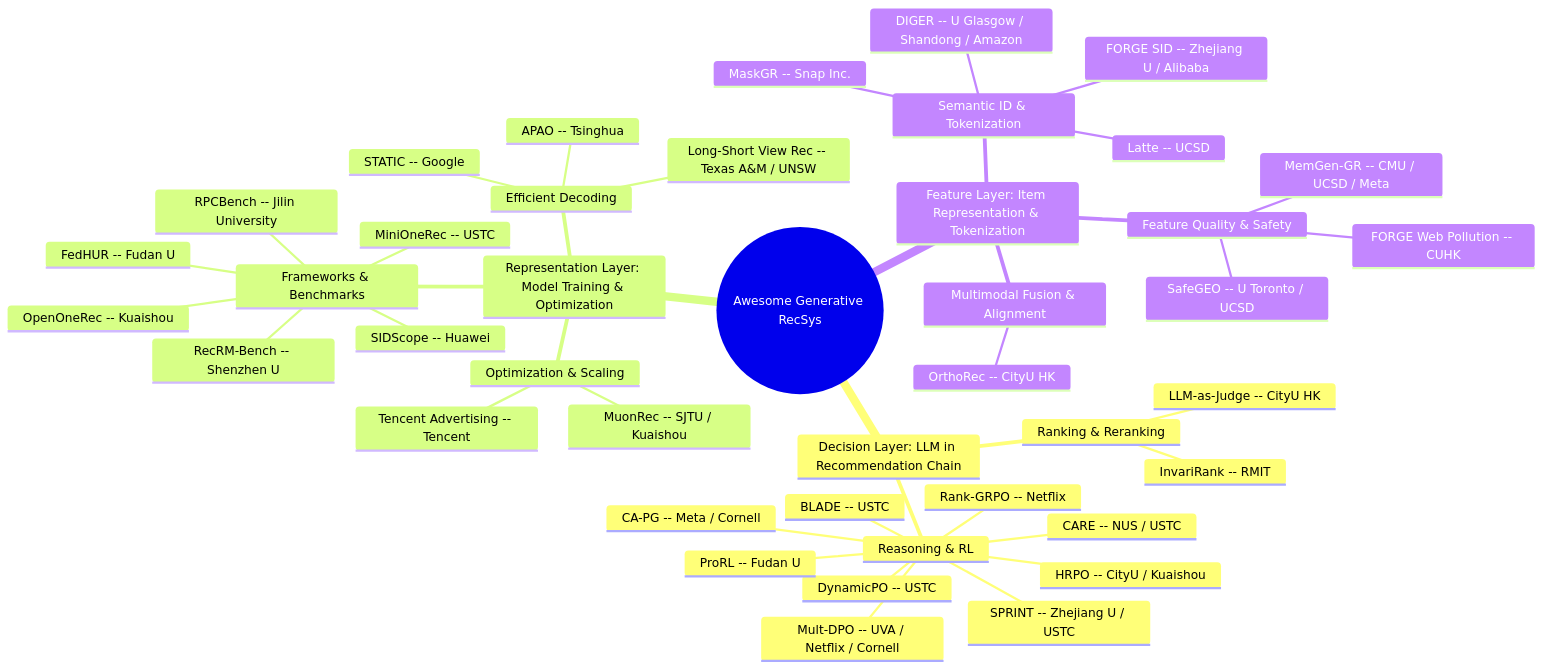
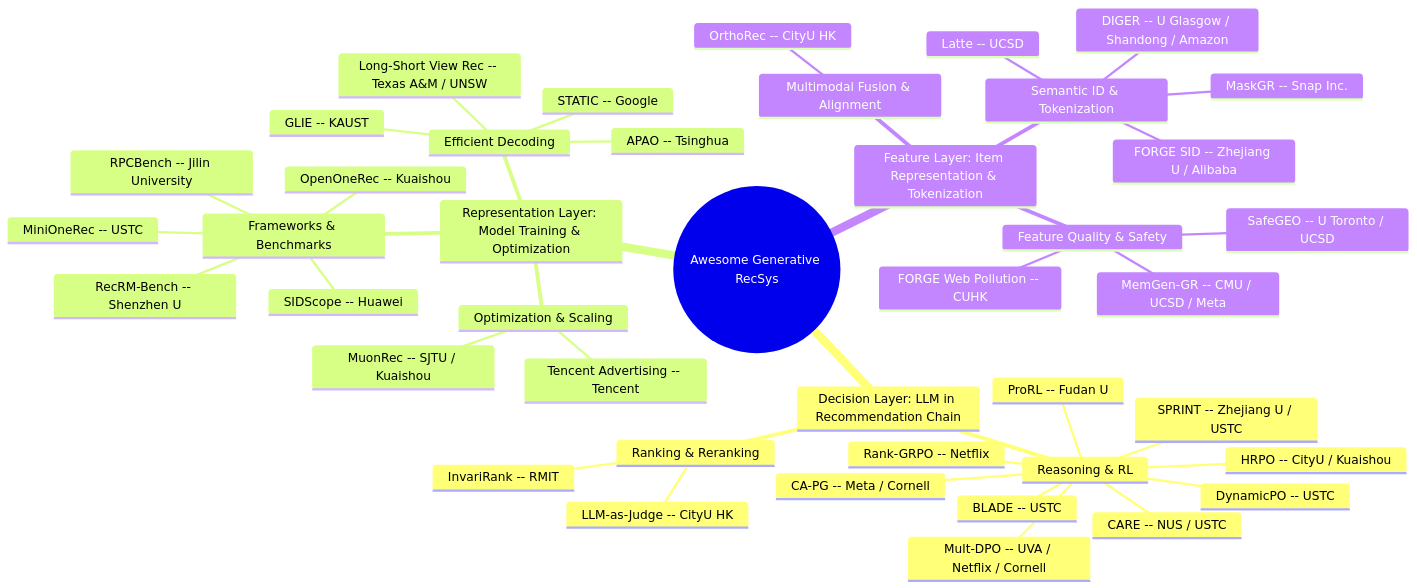
Before and after one commit to HaFred/awesome-generative-recsys: the diagram in README.md, drawn with Mermaid. The commit also changed other lines of this file and 3 other files, not shown here.

````diff
--- a/README.md
+++ b/README.md
@@ -30,45 +30,45 @@
 ```mermaid
 mindmap
   root((Awesome Generative RecSys))
     Decision Layer: LLM in Recommendation Chain
       Reasoning & RL
         Rank-GRPO -- Netflix
         DynamicPO -- USTC
         BLADE -- USTC
         SPRINT -- Zhejiang U / USTC
         CARE -- NUS / USTC
         HRPO -- CityU / Kuaishou
         Mult-DPO -- UVA / Netflix / Cornell
         CA-PG -- Meta / Cornell
         ProRL -- Fudan U
       Ranking & Reranking
         InvariRank -- RMIT
         LLM-as-Judge -- CityU HK
     Representation Layer: Model Training & Optimization
       Frameworks & Benchmarks
         MiniOneRec -- USTC
         OpenOneRec -- Kuaishou
         RecRM-Bench -- Shenzhen U
         SIDScope -- Huawei
         RPCBench -- Jilin University
-        FedHUR -- Fudan U
       Efficient Decoding
         STATIC -- Google
         APAO -- Tsinghua
         Long-Short View Rec -- Texas A&M / UNSW
+        GLIE -- KAUST
       Optimization & Scaling
         MuonRec -- SJTU / Kuaishou
         Tencent Advertising -- Tencent
     Feature Layer: Item Representation & Tokenization
       Semantic ID & Tokenization
         Latte -- UCSD
         FORGE SID -- Zhejiang U / Alibaba
         DIGER -- U Glasgow / Shandong / Amazon
         MaskGR -- Snap Inc.
       Multimodal Fusion & Alignment
         OrthoRec -- CityU HK
       Feature Quality & Safety
         SafeGEO -- U Toronto / UCSD
         MemGen-GR -- CMU / UCSD / Meta
         FORGE Web Pollution -- CUHK
 ```
````
